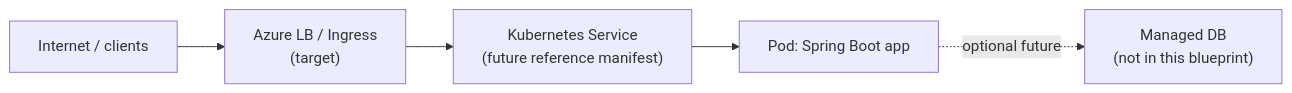
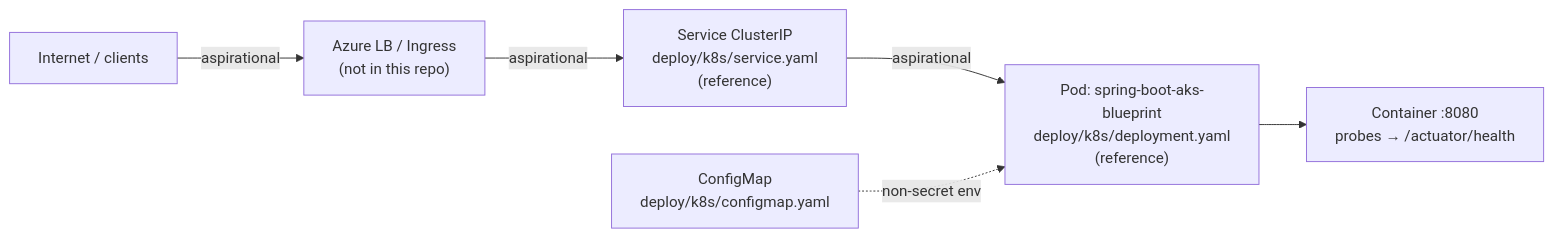
One commit to rmkr-dev/spring-boot-aks-blueprint changed the second of 2 diagrams in docs/architecture/network-diagram.md. Above: the diagram before and after it, drawn with Mermaid. The commit also changed other lines of this file, not shown here.

First line of the commit message:
docs: clarify implemented vs aspirational AKS network paths

````diff
--- a/docs/architecture/network-diagram.md
+++ b/docs/architecture/network-diagram.md
@@ -21,7 +26,8 @@
 ```mermaid
 flowchart LR
-  Internet["Internet / clients"] --> LB["Azure LB / Ingress<br/>(target)"]
-  LB --> Svc["Kubernetes Service<br/>(future reference manifest)"]
-  Svc --> Pod["Pod: Spring Boot app"]
-  Pod -.->|"optional future"| DB["Managed DB<br/>(not in this blueprint)"]
+  Internet["Internet / clients"] -->|"aspirational"| LB["Azure LB / Ingress<br/>(not in this repo)"]
+  LB -->|"aspirational"| Svc["Service ClusterIP<br/>deploy/k8s/service.yaml<br/>(reference)"]
+  Svc -->|"aspirational"| Pod["Pod: spring-boot-aks-blueprint<br/>deploy/k8s/deployment.yaml<br/>(reference)"]
+  Pod --> App["Container :8080<br/>probes → /actuator/health"]
+  CM["ConfigMap<br/>deploy/k8s/configmap.yaml"] -.->|"non-secret env"| Pod
 ```
````
